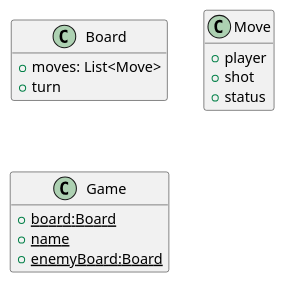
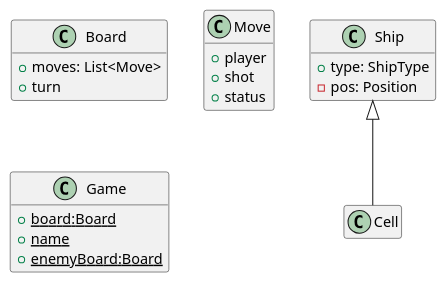
One commit to ISEL-STRESSES/Battleship changed the diagram in src/main/kotlin/battleship/PlantUMLs/model/Game.puml. Above: the diagram before and after it, drawn with PlantUML. The commit also changed 20 other files, not shown here.

```diff
--- a/src/main/kotlin/battleship/PlantUMLs/model/Game.puml
+++ b/src/main/kotlin/battleship/PlantUMLs/model/Game.puml
@@ -3,20 +3,33 @@
 @startuml
 hide empty members
 
 class Board{
 +moves: List<Move>
 +turn
 }
 class Move{
 +player
 +shot
 +status
 }
 
 class Game{
 {static} +board:Board
 {static} +name
 {static} +enemyBoard:Board
 }
+
+class Cell{
+
+}
+
+class Ship{
++type: ShipType
+-pos: Position
+
+}
+
+Ship <|-- Cell
+
 'https://plantuml.com/class-diagram
 @enduml
```
